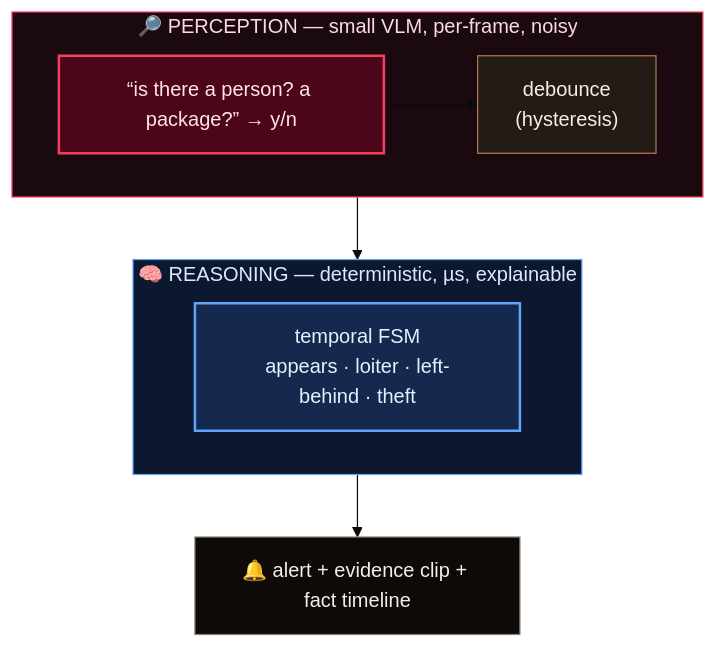
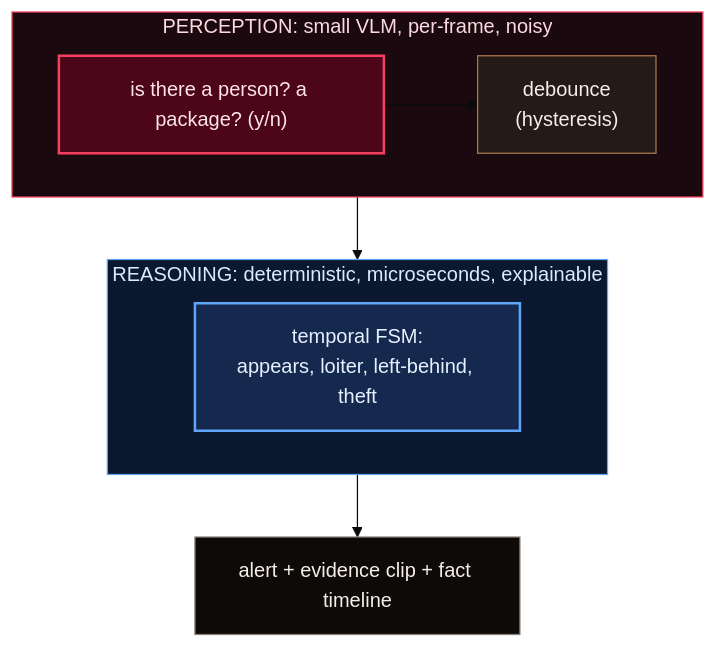
The third of 5 diagrams in README.md (hungtruongOwolf/nightjar), drawn with Mermaid (base theme) before and after one commit. The commit also changed other lines of this file and 96 other files, not shown here.

````diff
--- a/README.md
+++ b/README.md
@@ -104,18 +107,18 @@
 ```mermaid
 flowchart TB
-  subgraph P ["🔎 PERCEPTION — small VLM, per-frame, noisy"]
+  subgraph P ["PERCEPTION: small VLM, per-frame, noisy"]
     direction LR
-    q["“is there a person? a package?” → y/n"]:::hot --> dbn["debounce<br/>(hysteresis)"]:::mid
+    q["is there a person? a package? (y/n)"]:::hot --> dbn["debounce<br/>(hysteresis)"]:::mid
   end
-  subgraph R ["🧠 REASONING — deterministic, µs, explainable"]
+  subgraph R ["REASONING: deterministic, microseconds, explainable"]
     direction LR
-    tl["temporal FSM<br/>appears · loiter · left-behind · theft"]:::brain
+    tl["temporal FSM:<br/>appears, loiter, left-behind, theft"]:::brain
   end
-  P --> R --> a["🔔 alert + evidence clip + fact timeline"]:::io
+  P --> R --> a["alert + evidence clip + fact timeline"]:::io
   classDef hot fill:#4c0519,stroke:#f43f5e,color:#ffe4ec,stroke-width:2px;
   classDef mid fill:#241b16,stroke:#a8794f,color:#f6efe8;
   classDef brain fill:#14294d,stroke:#60a5fa,color:#e6f0ff,stroke-width:2px;
   classDef io fill:#0d0a08,stroke:#8a8078,color:#f6efe8;
   style P fill:#1a0a0f,stroke:#f43f5e,color:#ffd9e2;
   style R fill:#0c1830,stroke:#60a5fa,color:#dbeafe;
 ```
````
